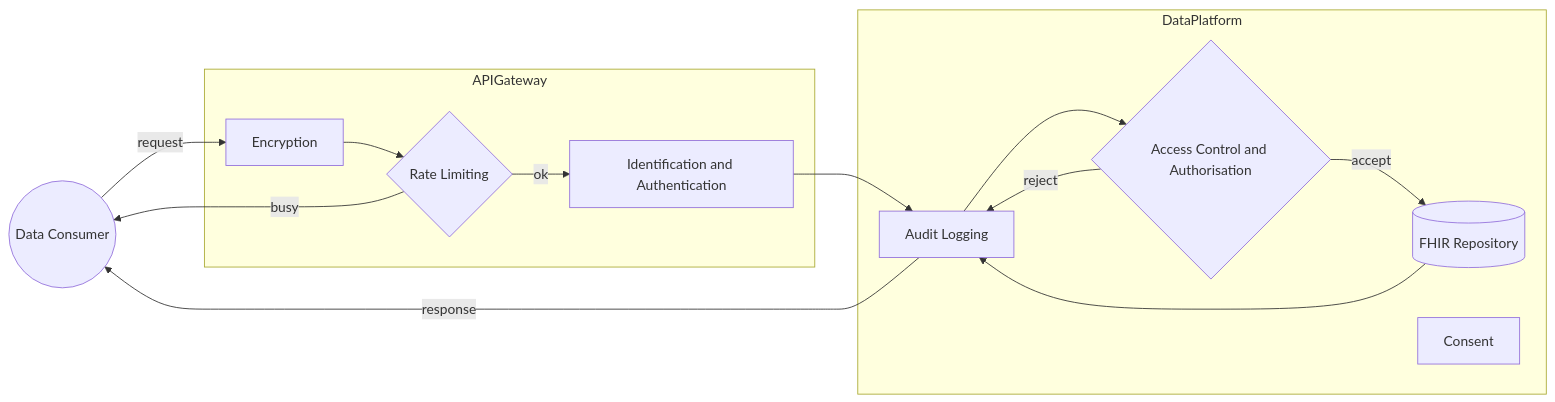
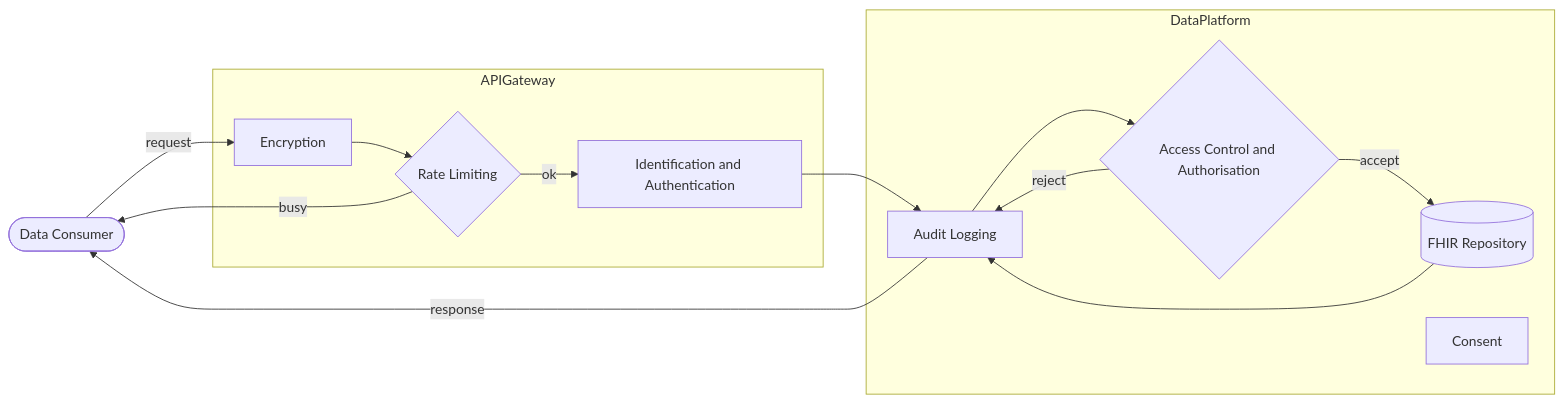
One commit to uk-gov-mirror/nw-gmsa.nw-gmsa.github.com changed the first of 2 diagrams in input/pagecontent/security.md. Above: the diagram before and after it, drawn with Mermaid. The commit also changed other lines of this file, not shown here.

Commit message:
Specimen

````diff
--- a/input/pagecontent/security.md
+++ b/input/pagecontent/security.md
@@ -2,29 +2,29 @@
 ```mermaid
 graph LR;
 
-consumer@{shape: circle, label: "Data Consumer"}
+consumer([Data Consumer])
 
 subgraph APIGateway
     enc[Encryption]
     rate{Rate Limiting}
     id[Identification and Authentication] 
 end
+
 subgraph DataPlatform
     auth{Access Control and Authorisation}
     audit1[Audit Logging]
-    api@{shape: cyl, label: "FHIR Repository"}
+    api[(FHIR Repository)]
     consent[Consent]
 end
-
 
 consumer --> |request| enc
 enc --> rate
 rate --> |ok| id
 rate --> |busy| consumer
 id --> audit1
 audit1 --> auth
 auth --> |accept| api
 auth --> |reject| audit1
 api --> audit1
 audit1 --> |response| consumer
 ```
````
